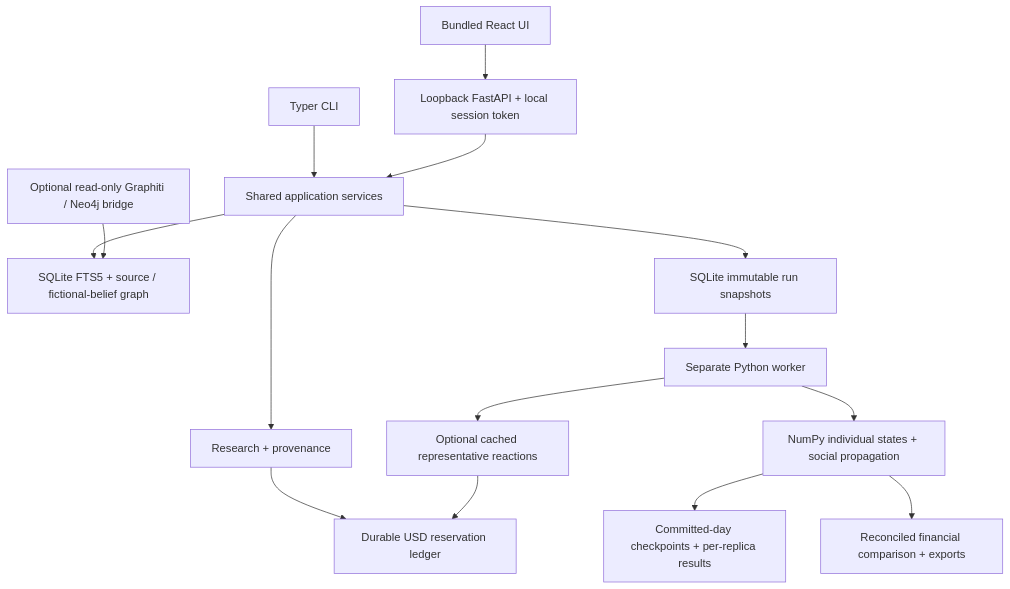
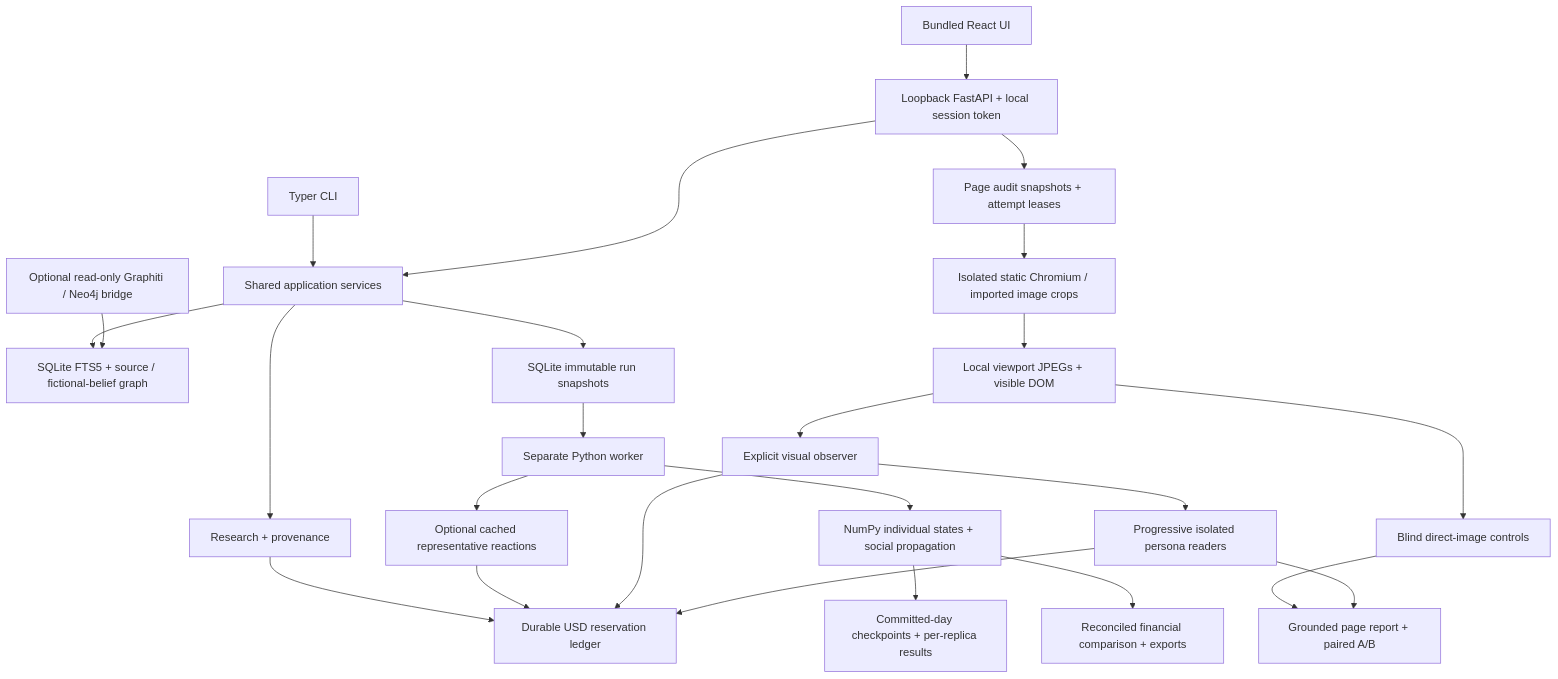
The diagram in docs/ARCHITECTURE.md (Tit-one/spill-the-market), drawn with Mermaid before and after one commit. The commit also changed other lines of this file and 50 other files, not shown here.

Commit message:
feat: analyze product-page screenshots with visual personas

````diff
--- a/docs/ARCHITECTURE.md
+++ b/docs/ARCHITECTURE.md
@@ -3,17 +3,27 @@
 ```mermaid
 flowchart TD
     UI[Bundled React UI] --> API[Loopback FastAPI + local session token]
     CLI[Typer CLI] --> Services[Shared application services]
     API --> Services
     Services --> Sources[Research + provenance]
     Services --> Memory[SQLite FTS5 + source / fictional-belief graph]
     Sources --> Ledger[Durable USD reservation ledger]
     Services --> Jobs[SQLite immutable run snapshots]
     Jobs --> Worker[Separate Python worker]
     Worker --> Reps[Optional cached representative reactions]
     Reps --> Ledger
     Worker --> Numeric[NumPy individual states + social propagation]
     Numeric --> Checkpoints[Committed-day checkpoints + per-replica results]
     Numeric --> Report[Reconciled financial comparison + exports]
     Bridge[Optional read-only Graphiti / Neo4j bridge] --> Memory
+    API --> PageJobs[Page audit snapshots + attempt leases]
+    PageJobs --> Capture[Isolated static Chromium / imported image crops]
+    Capture --> LocalAssets[Local viewport JPEGs + visible DOM]
+    LocalAssets --> Observer[Explicit visual observer]
+    Observer --> Readers[Progressive isolated persona readers]
+    LocalAssets --> Controls[Blind direct-image controls]
+    Controls --> PageReport[Grounded page report + paired A/B]
+    Readers --> PageReport
+    Observer --> Ledger
+    Readers --> Ledger
 ```
````
